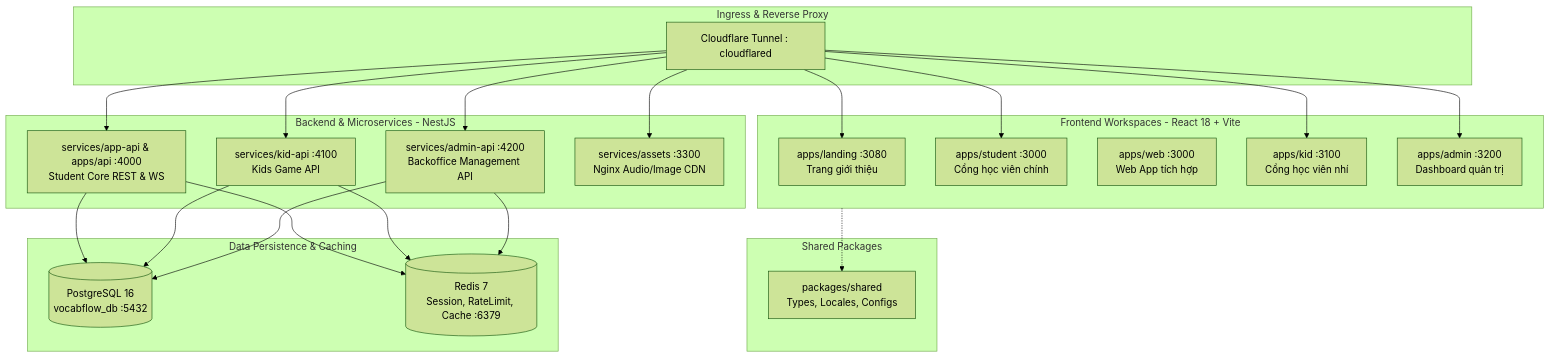
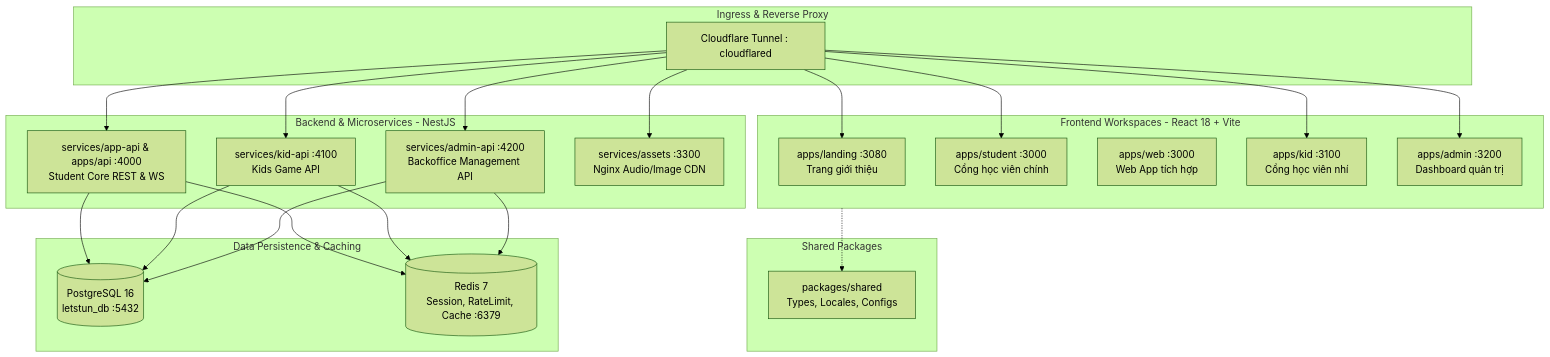
The diagram in docs/engineering/architecture.md (duongvanmanh2953/TOEIC-Flashcard), drawn with Mermaid (forest theme) before and after one commit. The commit also changed other lines of this file and 545 other files, not shown here.

````diff
--- a/docs/engineering/architecture.md
+++ b/docs/engineering/architecture.md
@@ -15,47 +15,47 @@
 ```mermaid
 graph TD
     subgraph Client_Applications [Frontend Workspaces - React 18 + Vite]
         Landing[apps/landing :3080<br/>Trang giới thiệu]
         Student[apps/student :3000<br/>Cổng học viên chính]
         Web[apps/web :3000<br/>Web App tích hợp]
         Kid[apps/kid :3100<br/>Cổng học viên nhí]
         AdminApp[apps/admin :3200<br/>Dashboard quản trị]
     end
 
     subgraph Shared_Layer [Shared Packages]
         Shared[packages/shared<br/>Types, Locales, Configs]
     end
 
     subgraph Ingress_Layer [Ingress & Reverse Proxy]
         Tunnel[Cloudflare Tunnel : cloudflared]
     end
 
     subgraph Service_Layer [Backend & Microservices - NestJS]
         AppApi[services/app-api & apps/api :4000<br/>Student Core REST & WS]
         KidApi[services/kid-api :4100<br/>Kids Game API]
         AdminApi[services/admin-api :4200<br/>Backoffice Management API]
         AssetsSvc[services/assets :3300<br/>Nginx Audio/Image CDN]
     end
 
     subgraph Data_Layer [Data Persistence & Caching]
-        Postgres[(PostgreSQL 16<br/>vocabflow_db :5432)]
+        Postgres[(PostgreSQL 16<br/>letstun_db :5432)]
         Redis[(Redis 7<br/>Session, RateLimit, Cache :6379)]
     end
 
     Client_Applications -.-> Shared
     Tunnel --> Landing
     Tunnel --> Student
     Tunnel --> Kid
     Tunnel --> AdminApp
     Tunnel --> AssetsSvc
     Tunnel --> AppApi
     Tunnel --> KidApi
     Tunnel --> AdminApi
 
     AppApi --> Postgres
     AppApi --> Redis
     KidApi --> Postgres
     KidApi --> Redis
     AdminApi --> Postgres
     AdminApi --> Redis
 ```
````
